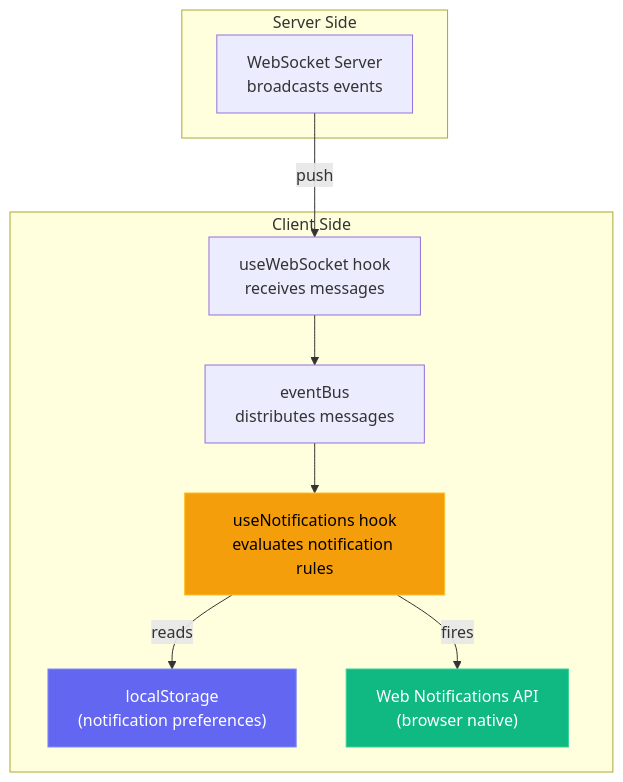
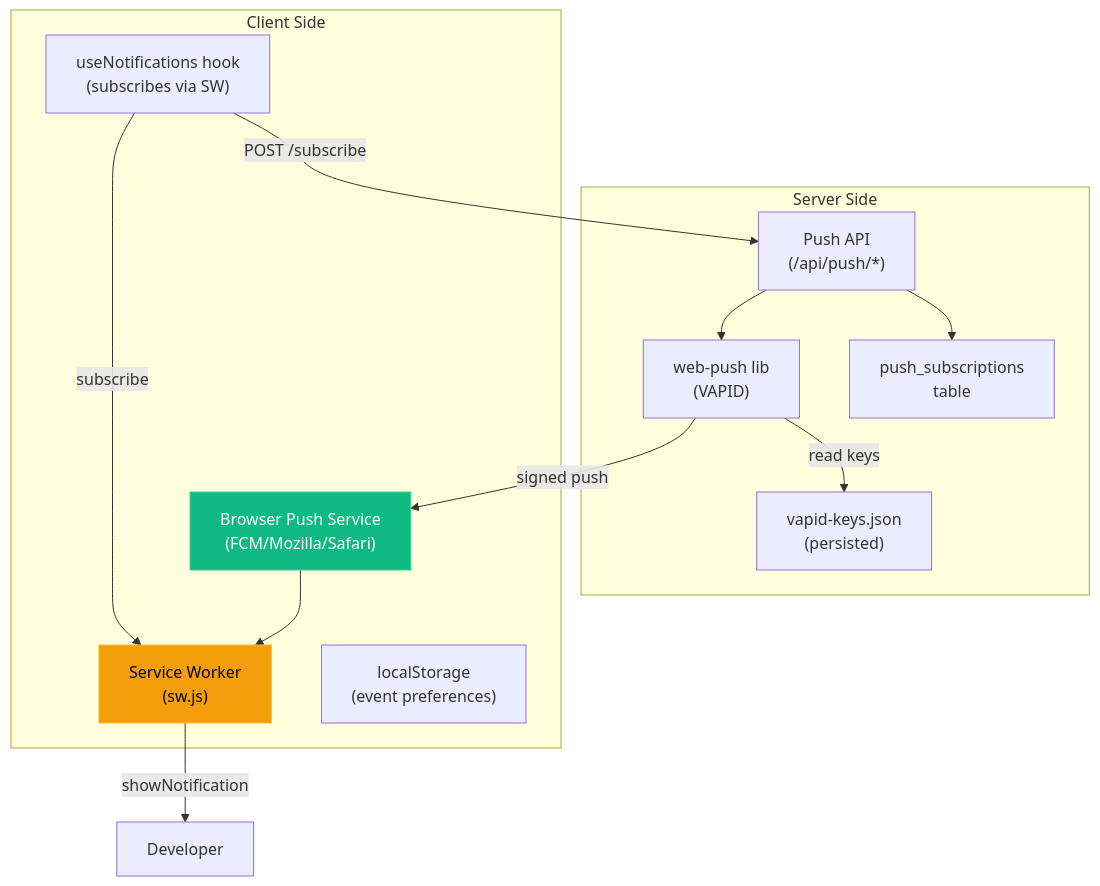
Before and after one commit to hoangsonww/Claude-Code-Agent-Monitor: diagram 23 of 31 in ARCHITECTURE.md, drawn with Mermaid. The commit also changed other lines of this file and 9 other files, not shown here.

First line of the commit message:
feat: add Web Push (VAPID) notifications and update documentation

````diff
--- a/ARCHITECTURE.md
+++ b/ARCHITECTURE.md
@@ -1169,24 +1176,28 @@
 ```mermaid
 graph TD
     subgraph "Server Side"
-        WS_SRV["WebSocket Server<br/>broadcasts events"]
+        API_P["Push API<br/>(/api/push/*)"]
+        WP["web-push lib<br/>(VAPID)"]
+        DB_P["push_subscriptions<br/>table"]
+        KEYS["vapid-keys.json<br/>(persisted)"]
     end
 
     subgraph "Client Side"
-        WS_CLI["useWebSocket hook<br/>receives messages"]
-        EB["eventBus<br/>distributes messages"]
-        NOTIF["useNotifications hook<br/>evaluates notification rules"]
-        PREFS["localStorage<br/>(notification preferences)"]
-        API_N["Web Notifications API<br/>(browser native)"]
+        SW["Service Worker<br/>(sw.js)"]
+        PUSH["useNotifications hook<br/>(subscribes via SW)"]
+        PREFS["localStorage<br/>(event preferences)"]
+        BROWSER["Browser Push Service<br/>(FCM/Mozilla/Safari)"]
     end
 
-    WS_SRV -->|push| WS_CLI
-    WS_CLI --> EB
-    EB --> NOTIF
-    NOTIF -->|reads| PREFS
-    NOTIF -->|fires| API_N
+    API_P --> WP
+    WP -->|signed push| BROWSER
+    BROWSER --> SW
+    SW -->|showNotification| USER["Developer"]
+    PUSH -->|subscribe| SW
+    PUSH -->|POST /subscribe| API_P
+    API_P --> DB_P
+    WP -->|read keys| KEYS
 
-    style NOTIF fill:#f59e0b,stroke:#fbbf24,color:#000
-    style API_N fill:#10b981,stroke:#34d399,color:#fff
-    style PREFS fill:#6366f1,stroke:#818cf8,color:#fff
+    style SW fill:#f59e0b,stroke:#fbbf24,color:#000
+    style BROWSER fill:#10b981,stroke:#34d399,color:#fff
 ```
````
